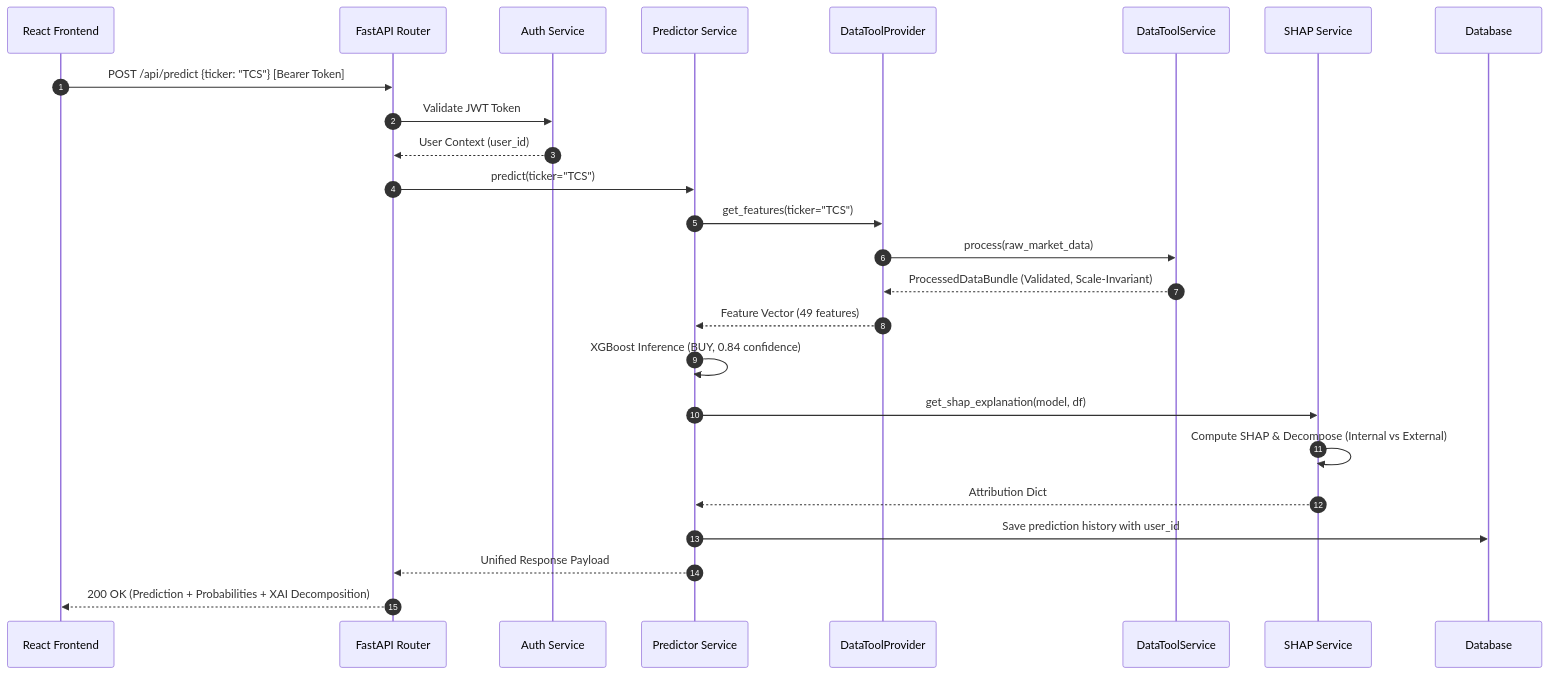
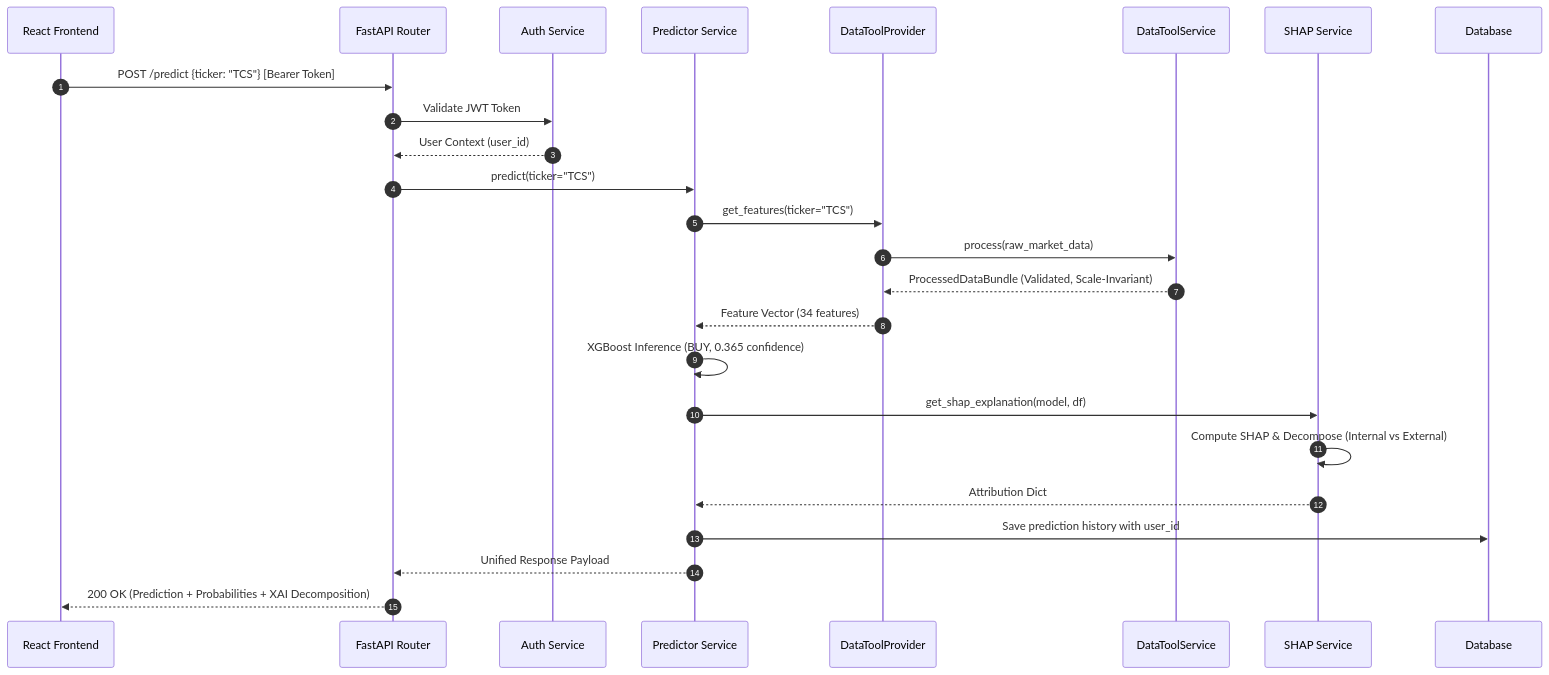
Before and after one commit to Tanushree-233/StockDNA-AI: the third of 3 diagrams in docs/architecture.md, drawn with Mermaid. The commit also changed other lines of this file and 15 other files, not shown here.

````diff
--- a/docs/architecture.md
+++ b/docs/architecture.md
@@ -261,28 +273,28 @@
 ```mermaid
 sequenceDiagram
     autonumber
     participant UI as React Frontend
     participant API as FastAPI Router
     participant SEC as Auth Service
     participant PRED as Predictor Service
     participant PROV as DataToolProvider
     participant DT as DataToolService
     participant XAI as SHAP Service
     participant DB as Database
 
-    UI->>API: POST /api/predict {ticker: "TCS"} [Bearer Token]
+    UI->>API: POST /predict {ticker: "TCS"} [Bearer Token]
     API->>SEC: Validate JWT Token
     SEC-->>API: User Context (user_id)
     API->>PRED: predict(ticker="TCS")
     PRED->>PROV: get_features(ticker="TCS")
     PROV->>DT: process(raw_market_data)
     DT-->>PROV: ProcessedDataBundle (Validated, Scale-Invariant)
-    PROV-->>PRED: Feature Vector (49 features)
-    PRED->>PRED: XGBoost Inference (BUY, 0.84 confidence)
+    PROV-->>PRED: Feature Vector (34 features)
+    PRED->>PRED: XGBoost Inference (BUY, 0.365 confidence)
     PRED->>XAI: get_shap_explanation(model, df)
     XAI->>XAI: Compute SHAP & Decompose (Internal vs External)
     XAI-->>PRED: Attribution Dict
     PRED->>DB: Save prediction history with user_id
     PRED-->>API: Unified Response Payload
     API-->>UI: 200 OK (Prediction + Probabilities + XAI Decomposition)
 ```
````
